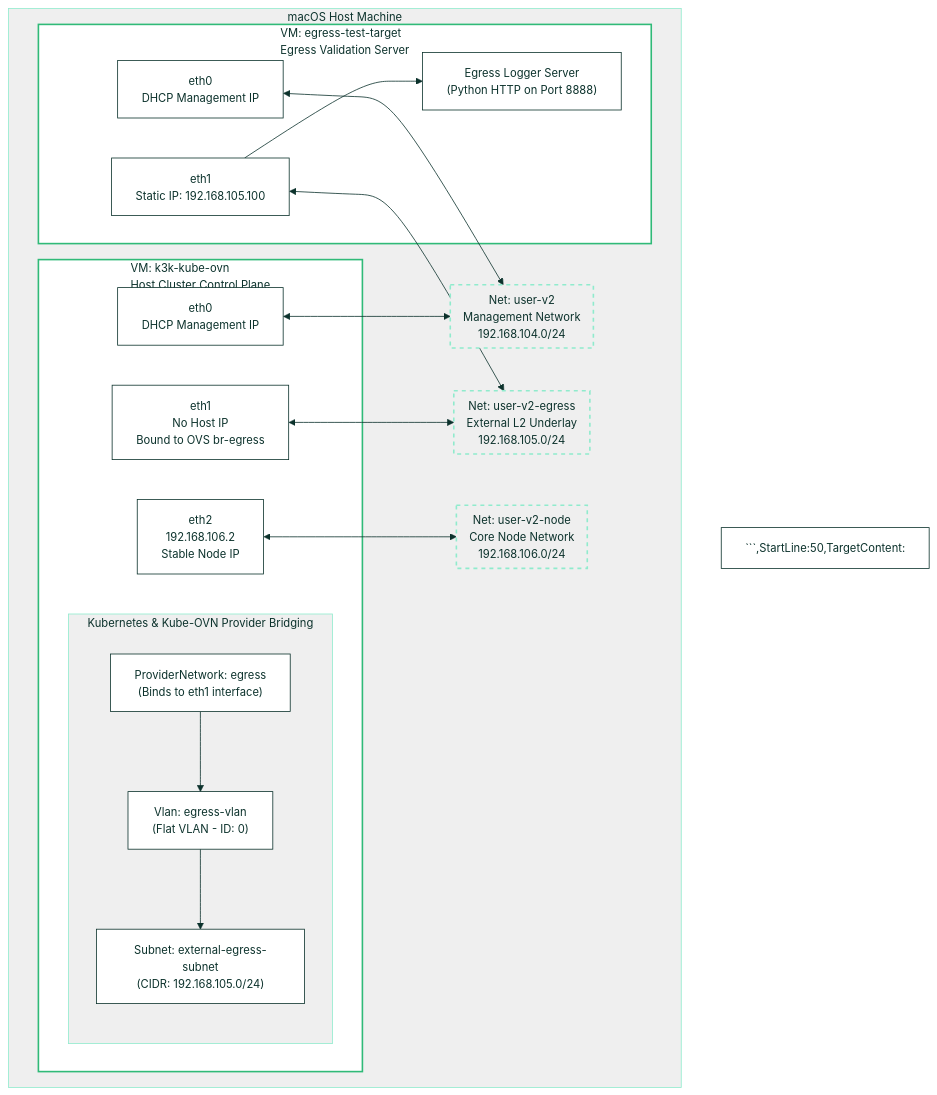
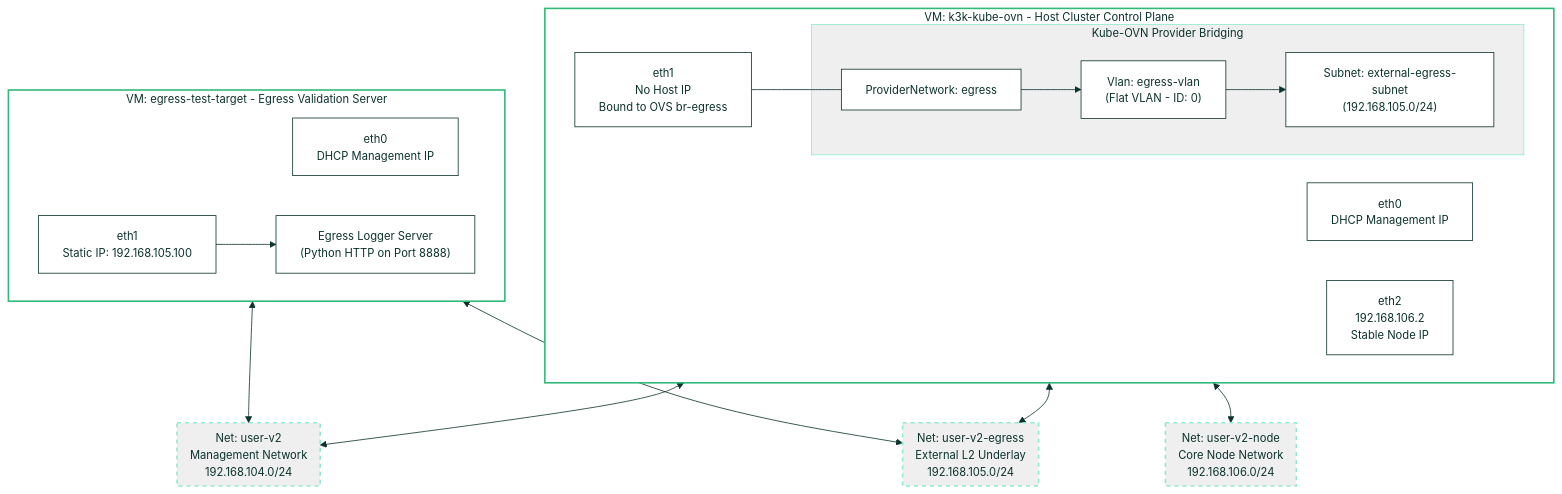
The first of 2 diagrams in docs/egress-gateway-experiment.md (coulof/k3k-kube-ovn), drawn with Mermaid before and after one commit.

Commit message:
docs: restructure L2 physical topology to sandwich VM layout

````diff
--- a/docs/egress-gateway-experiment.md
+++ b/docs/egress-gateway-experiment.md
@@ -30,71 +30,72 @@
 ```mermaid
 %%{init: {
   'theme': 'base',
   'themeVariables': {
     'fontFamily': 'SUSE, sans-serif',
     'fontSize': '14px',
     'primaryColor': '#30ba78',
     'primaryTextColor': '#0c322c',
     'primaryBorderColor': '#30ba78',
     'lineColor': '#0c322c',
     'secondaryColor': '#0c322c',
     'tertiaryColor': '#90ebcd',
     'mainBkg': '#ffffff',
     'nodeBorder': '#0c322c',
     'clusterBkg': '#efefef',
     'clusterBorder': '#90ebcd',
     'titleColor': '#0c322c',
     'edgeLabelBackground':'#ffffff'
   }
 } }%%
 graph TD
     classDef default fill:#ffffff,stroke:#0c322c,stroke-width:1px,color:#0c322c;
     classDef net fill:#efefef,stroke:#90ebcd,stroke-width:2px,stroke-dasharray: 5 5,color:#0c322c;
     classDef vm fill:#ffffff,stroke:#30ba78,stroke-width:2px,color:#0c322c;
 
-    subgraph macOS [macOS Host Machine]
-        subgraph NetMgt [Net: user-v2 <br/> Management Network <br/> 192.168.104.0/24]
+    %% TOP LAYER: VM k3k-kube-ovn
+    subgraph VM1 [VM: k3k-kube-ovn - Host Cluster Control Plane]
+        direction LR
+        eth0_1["eth0 <br/> DHCP Management IP"]
+        eth2_1["eth2 <br/> 192.168.106.2 <br/> Stable Node IP"]
+        eth1_1["eth1 <br/> No Host IP <br/> Bound to OVS br-egress"]
+        
+        subgraph K8s [Kube-OVN Provider Bridging]
+            pn["ProviderNetwork: egress"]
+            vlan["Vlan: egress-vlan<br/>(Flat VLAN - ID: 0)"]
+            sub_ext["Subnet: external-egress-subnet<br/>(192.168.105.0/24)"]
+            pn --> vlan --> sub_ext
         end
-        subgraph NetEgress [Net: user-v2-egress <br/> External L2 Underlay <br/> 192.168.105.0/24]
-        end
-        subgraph NetNode [Net: user-v2-node <br/> Core Node Network <br/> 192.168.106.0/24]
-        end
-
-        subgraph VM1 [VM: k3k-kube-ovn <br/> Host Cluster Control Plane]
-            eth0_1["eth0 <br/> DHCP Management IP"]
-            eth1_1["eth1 <br/> No Host IP <br/> Bound to OVS br-egress"]
-            eth2_1["eth2 <br/> 192.168.106.2 <br/> Stable Node IP"]
-            
-            subgraph K8s [Kubernetes & Kube-OVN Provider Bridging]
-                pn["ProviderNetwork: egress<br/>(Binds to eth1 interface)"]
-                vlan["Vlan: egress-vlan<br/>(Flat VLAN - ID: 0)"]
-                sub_ext["Subnet: external-egress-subnet<br/>(CIDR: 192.168.105.0/24)"]
-                
-                pn --> vlan --> sub_ext
-            end
-        end
-
-        subgraph VM2 [VM: egress-test-target <br/> Egress Validation Server]
-            eth0_2["eth0 <br/> DHCP Management IP"]
-            eth1_2["eth1 <br/> Static IP: 192.168.105.100"]
-            
-            srv["Egress Logger Server<br/>(Python HTTP on Port 8888)"]
-            eth1_2 --> srv
-        end
+        eth1_1 --- pn
     end
 
-    %% Interface mapping to physical Lima subnets
+    %% MIDDLE LAYER: Dotted L2 Virtual Networks
+    subgraph NetMgt [Net: user-v2 <br/> Management Network <br/> 192.168.104.0/24]
+    end
+    subgraph NetNode [Net: user-v2-node <br/> Core Node Network <br/> 192.168.106.0/24]
+    end
+    subgraph NetEgress [Net: user-v2-egress <br/> External L2 Underlay <br/> 192.168.105.0/24]
+    end
+
+    %% BOTTOM LAYER: VM egress-test-target
+    subgraph VM2 [VM: egress-test-target - Egress Validation Server]
+        direction LR
+        eth0_2["eth0 <br/> DHCP Management IP"]
+        eth1_2["eth1 <br/> Static IP: 192.168.105.100"]
+        srv["Egress Logger Server<br/>(Python HTTP on Port 8888)"]
+        eth1_2 --> srv
+    end
+
+    %% Vertical NIC to Network Interconnections
     eth0_1 <--> NetMgt
     eth0_2 <--> NetMgt
 
+    eth2_1 <--> NetNode
+
     eth1_1 <--> NetEgress
     eth1_2 <--> NetEgress
-
-    eth2_1 <--> NetNode
 
     %% Apply class styles cleanly
     class NetMgt,NetEgress,NetNode net;
     class VM1,VM2 vm;
     class pn,vlan,sub_ext,srv default;
-```,StartLine:50,TargetContent:
 ```
````
